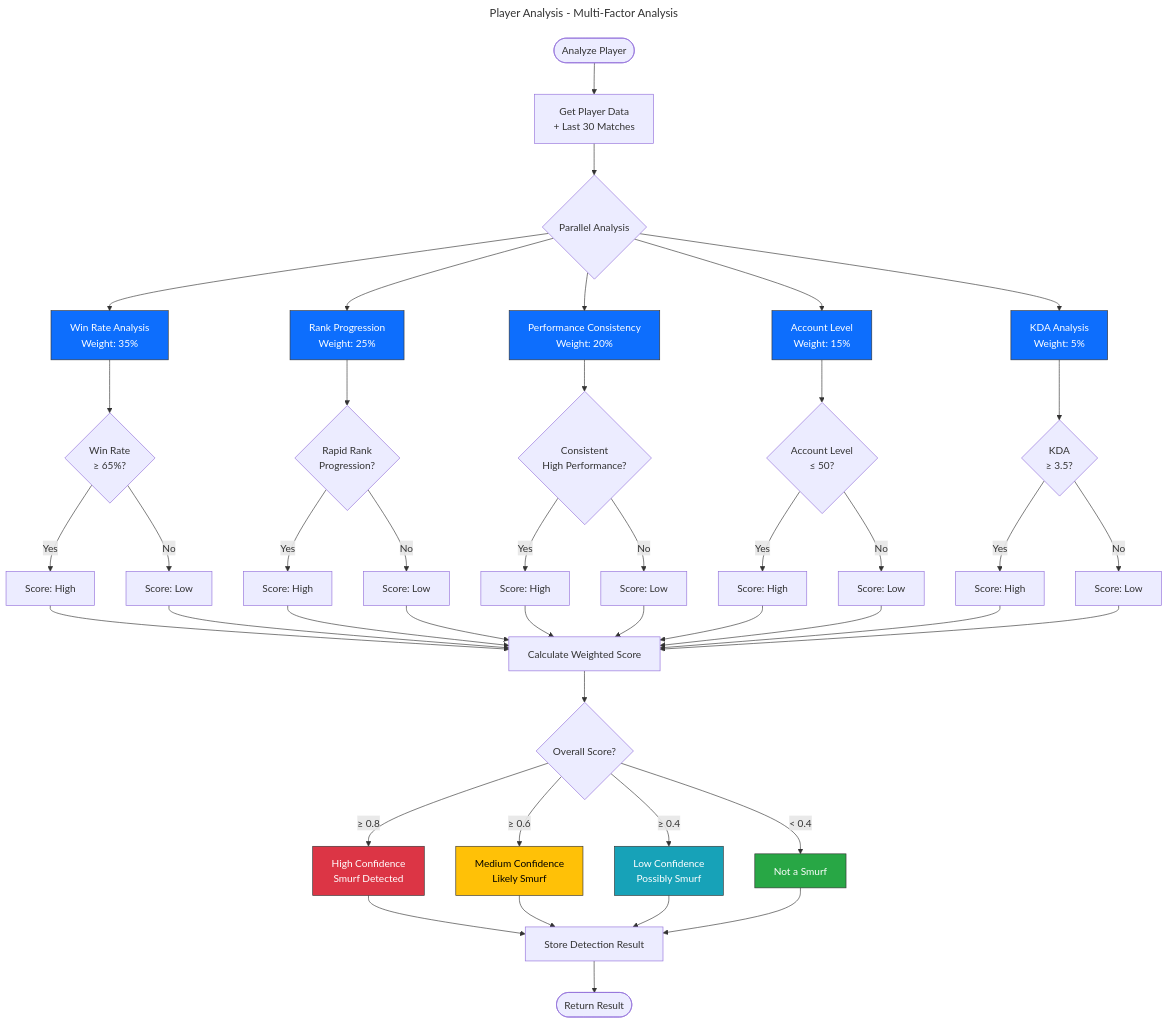
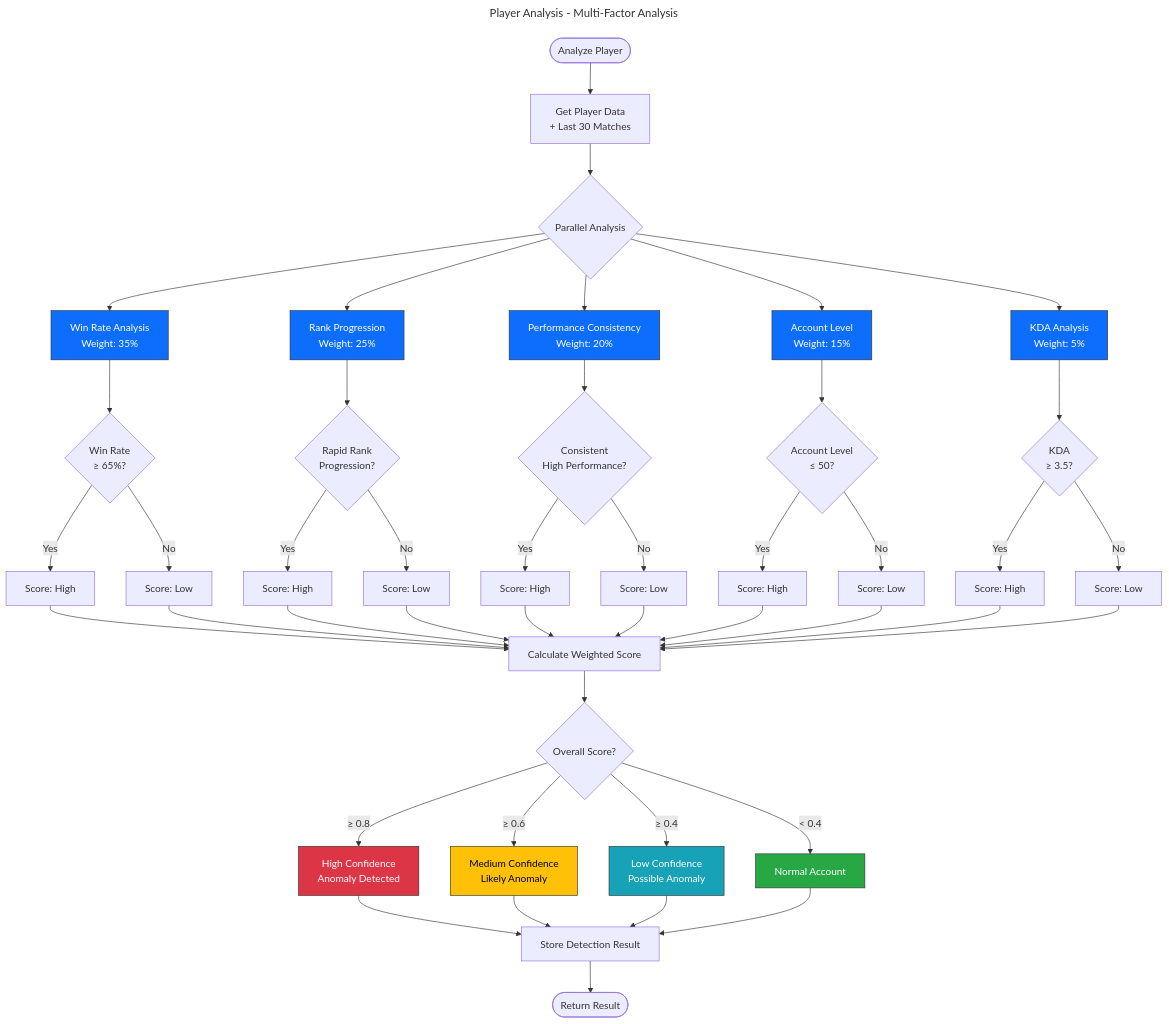
Before and after one commit to SlanyCukr/riot-api-project: the seventh of 7 diagrams in docs/docs/backend.md, drawn with Mermaid. The commit also changed 51 other files, not shown here.

````diff
--- a/docs/docs/backend.md
+++ b/docs/docs/backend.md
@@ -334,70 +334,70 @@
 ```mermaid
 ---
 title: Player Analysis - Multi-Factor Analysis
 ---
 flowchart TD
     START([Analyze Player]) --> GET_DATA[Get Player Data<br/>+ Last 30 Matches]
 
     GET_DATA --> PARALLEL{Parallel Analysis}
 
     PARALLEL --> FACTOR1[Win Rate Analysis<br/>Weight: 35%]
     PARALLEL --> FACTOR2[Rank Progression<br/>Weight: 25%]
     PARALLEL --> FACTOR3[Performance Consistency<br/>Weight: 20%]
     PARALLEL --> FACTOR4[Account Level<br/>Weight: 15%]
     PARALLEL --> FACTOR5[KDA Analysis<br/>Weight: 5%]
 
     FACTOR1 --> CALC1{Win Rate<br/>≥ 65%?}
     CALC1 -->|Yes| SCORE1[Score: High]
     CALC1 -->|No| SCORE1_LOW[Score: Low]
 
     FACTOR2 --> CALC2{Rapid Rank<br/>Progression?}
     CALC2 -->|Yes| SCORE2[Score: High]
     CALC2 -->|No| SCORE2_LOW[Score: Low]
 
     FACTOR3 --> CALC3{Consistent<br/>High Performance?}
     CALC3 -->|Yes| SCORE3[Score: High]
     CALC3 -->|No| SCORE3_LOW[Score: Low]
 
     FACTOR4 --> CALC4{Account Level<br/>≤ 50?}
     CALC4 -->|Yes| SCORE4[Score: High]
     CALC4 -->|No| SCORE4_LOW[Score: Low]
 
     FACTOR5 --> CALC5{KDA<br/>≥ 3.5?}
     CALC5 -->|Yes| SCORE5[Score: High]
     CALC5 -->|No| SCORE5_LOW[Score: Low]
 
     SCORE1 --> WEIGHTED[Calculate Weighted Score]
     SCORE1_LOW --> WEIGHTED
     SCORE2 --> WEIGHTED
     SCORE2_LOW --> WEIGHTED
     SCORE3 --> WEIGHTED
     SCORE3_LOW --> WEIGHTED
     SCORE4 --> WEIGHTED
     SCORE4_LOW --> WEIGHTED
     SCORE5 --> WEIGHTED
     SCORE5_LOW --> WEIGHTED
 
     WEIGHTED --> THRESHOLD{Overall Score?}
 
-    THRESHOLD -->|≥ 0.8| HIGH[High Confidence<br/>Smurf Detected]
-    THRESHOLD -->|≥ 0.6| MEDIUM[Medium Confidence<br/>Likely Smurf]
-    THRESHOLD -->|≥ 0.4| LOW[Low Confidence<br/>Possibly Smurf]
-    THRESHOLD -->|< 0.4| NOT_SMURF[Not a Smurf]
+    THRESHOLD -->|≥ 0.8| HIGH[High Confidence<br/>Anomaly Detected]
+    THRESHOLD -->|≥ 0.6| MEDIUM[Medium Confidence<br/>Likely Anomaly]
+    THRESHOLD -->|≥ 0.4| LOW[Low Confidence<br/>Possible Anomaly]
+    THRESHOLD -->|< 0.4| NOT_SMURF[Normal Account]
 
     HIGH --> STORE[Store Detection Result]
     MEDIUM --> STORE
     LOW --> STORE
     NOT_SMURF --> STORE
 
     STORE --> END([Return Result])
 
     style FACTOR1 fill:#0D6EFD,stroke:#333,color:#fff
     style FACTOR2 fill:#0D6EFD,stroke:#333,color:#fff
     style FACTOR3 fill:#0D6EFD,stroke:#333,color:#fff
     style FACTOR4 fill:#0D6EFD,stroke:#333,color:#fff
     style FACTOR5 fill:#0D6EFD,stroke:#333,color:#fff
     style HIGH fill:#DC3545,stroke:#333,color:#fff
     style MEDIUM fill:#FFC107,stroke:#333,color:#000
     style LOW fill:#17A2B8,stroke:#333,color:#fff
     style NOT_SMURF fill:#28A745,stroke:#333,color:#fff
 ```
````
